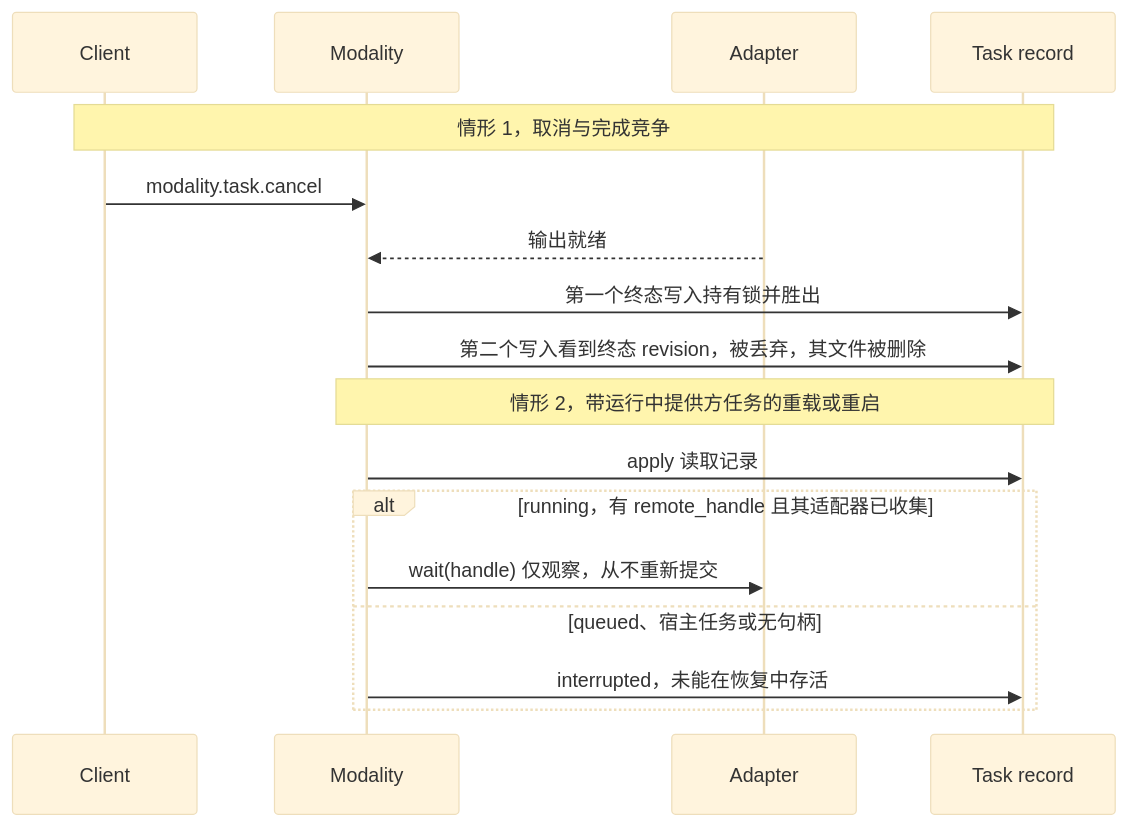
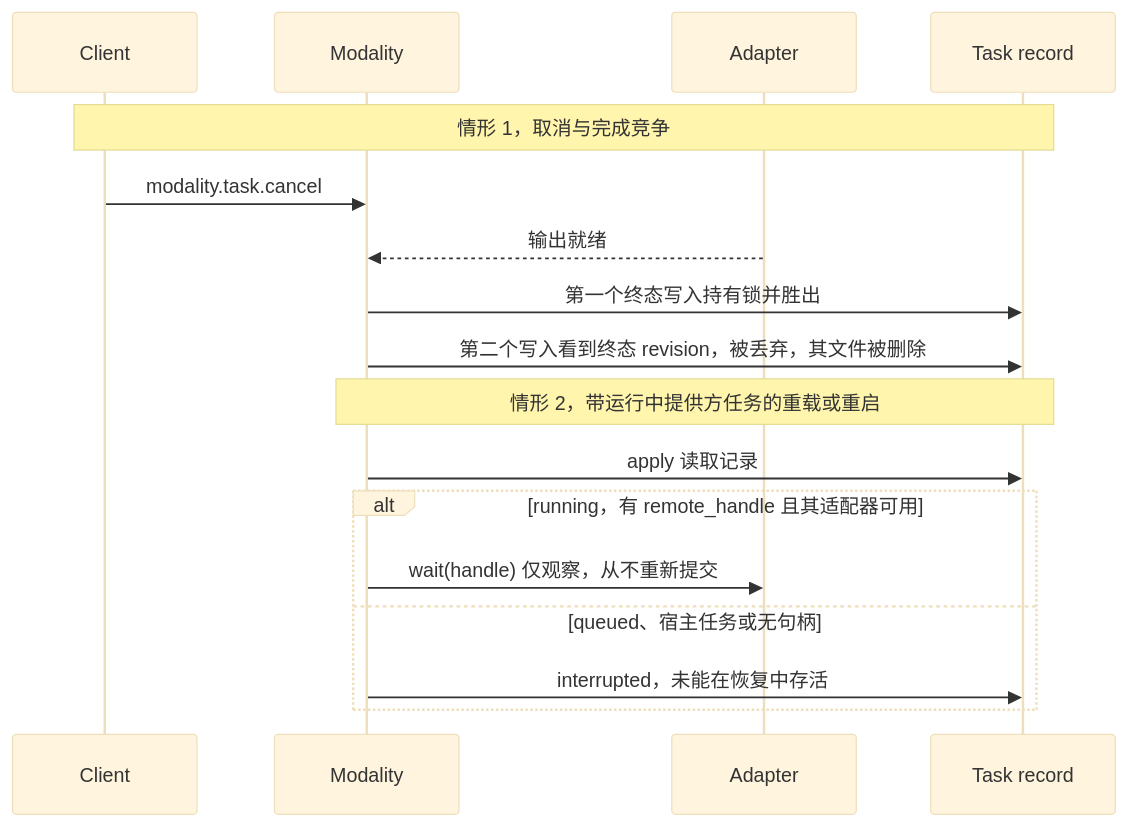
Before and after one commit to CoutinhoTTS/dim-agent: the sixth of 6 diagrams in docs/zh/design/plugins/Modality.md, drawn with Mermaid (base theme). The commit also changed other lines of this file, not shown here.

````diff
--- a/docs/zh/design/plugins/Modality.md
+++ b/docs/zh/design/plugins/Modality.md
@@ -156,19 +177,19 @@
 ```mermaid
 sequenceDiagram
   participant C as Client
   participant D as Modality
   participant A as Adapter
   participant S as Task record
   Note over C,S: 情形 1，取消与完成竞争
   C->>D: modality.task.cancel
   A-->>D: 输出就绪
   D->>S: 第一个终态写入持有锁并胜出
   D->>S: 第二个写入看到终态 revision，被丢弃，其文件被删除
   Note over D,S: 情形 2，带运行中提供方任务的重载或重启
   D->>S: apply 读取记录
-  alt running，有 remote_handle 且其适配器已收集
+  alt running，有 remote_handle 且其适配器可用
     D->>A: wait(handle) 仅观察，从不重新提交
   else queued、宿主任务或无句柄
     D->>S: interrupted，未能在恢复中存活
   end
 ```
````
